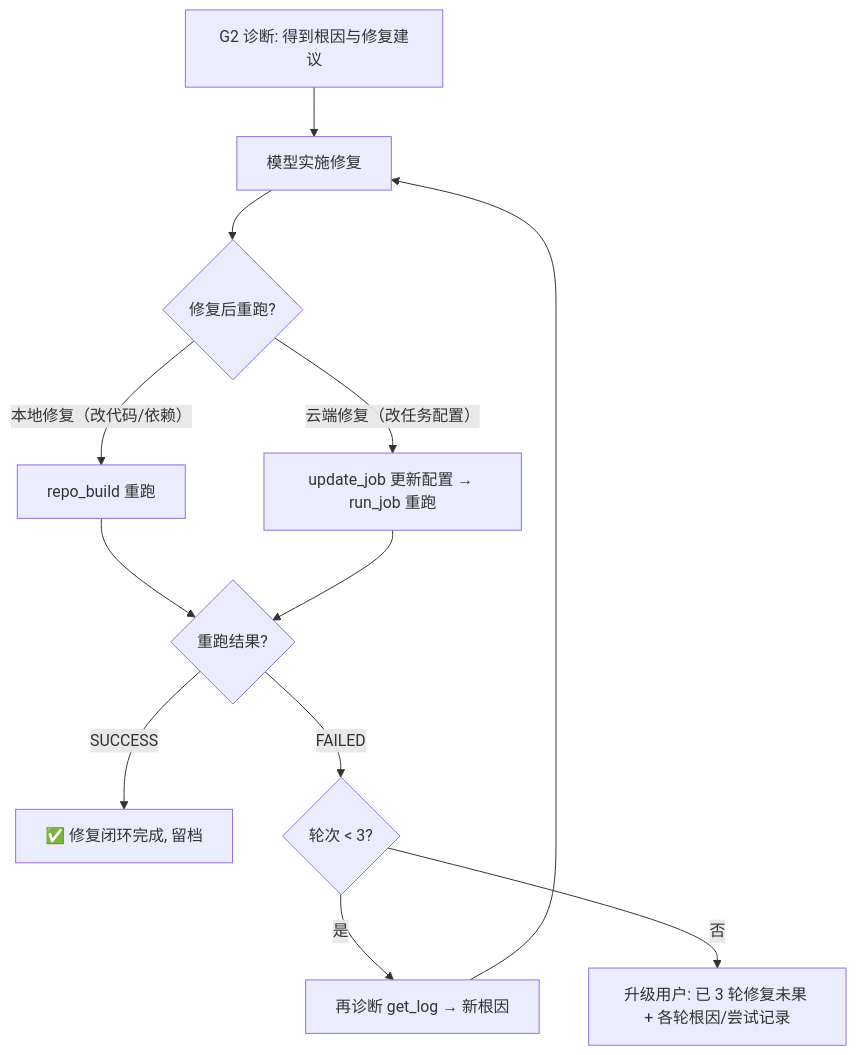
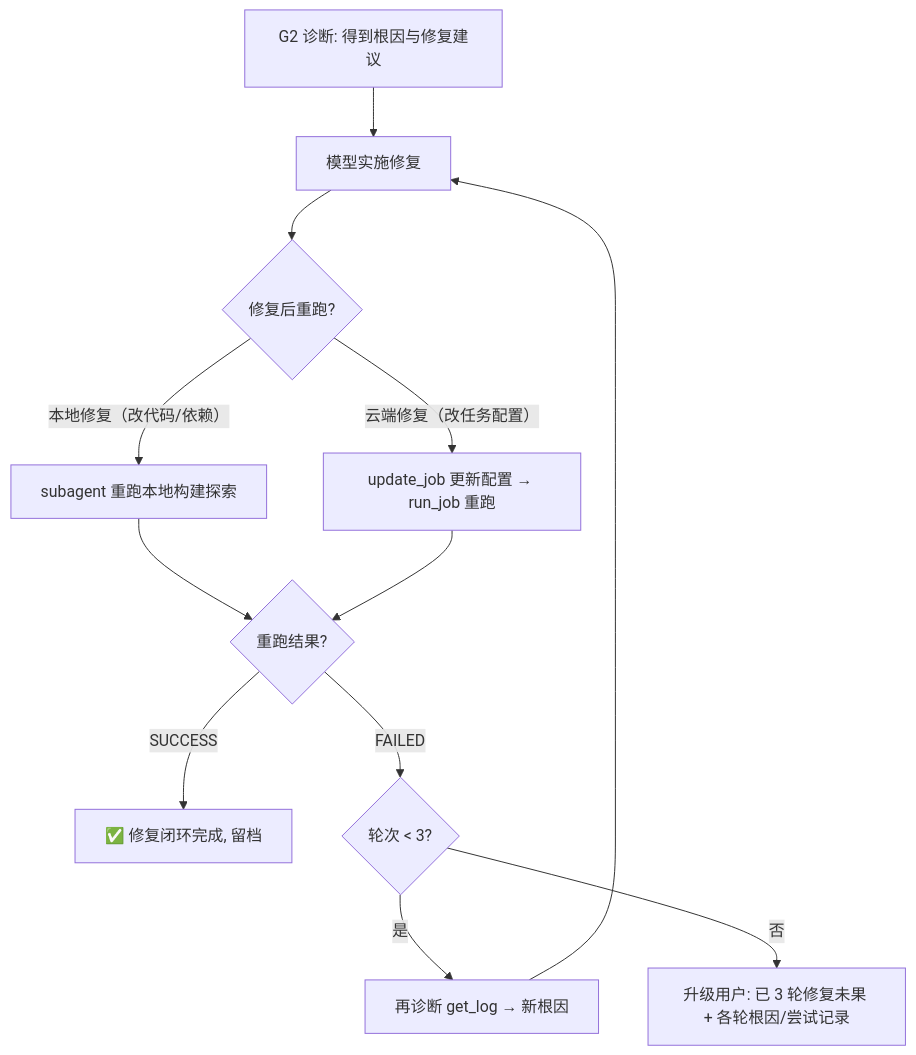
One commit to bald-newcomer/dsh-codeartsbuild changed the fourth of 4 diagrams in docs/architecture/architecture.md. Above: the diagram before and after it, drawn with Mermaid. The commit also changed other lines of this file and 55 other files, not shown here.

First line of the commit message:
feat: FE-17/18/19 + register SKILL to ctx.skills, deprecate repo_build

````diff
--- a/docs/architecture/architecture.md
+++ b/docs/architecture/architecture.md
@@ -538,14 +532,14 @@
 ```mermaid
 flowchart TD
     A[G2 诊断: 得到根因与修复建议] --> B[模型实施修复]
     B --> C{修复后重跑?}
-    C -- 本地修复（改代码/依赖） --> D[repo_build 重跑]
+    C -- 本地修复（改代码/依赖） --> D[subagent 重跑本地构建探索]
     C -- 云端修复（改任务配置） --> E[update_job 更新配置 → run_job 重跑]
     D --> F{重跑结果?}
     E --> F
     F -- SUCCESS --> G[✅ 修复闭环完成, 留档]
     F -- FAILED --> H{轮次 < 3?}
     H -- 是 --> I[再诊断 get_log → 新根因]
     I --> B
     H -- 否 --> J[升级用户: 已 3 轮修复未果 + 各轮根因/尝试记录]
 ```
````
